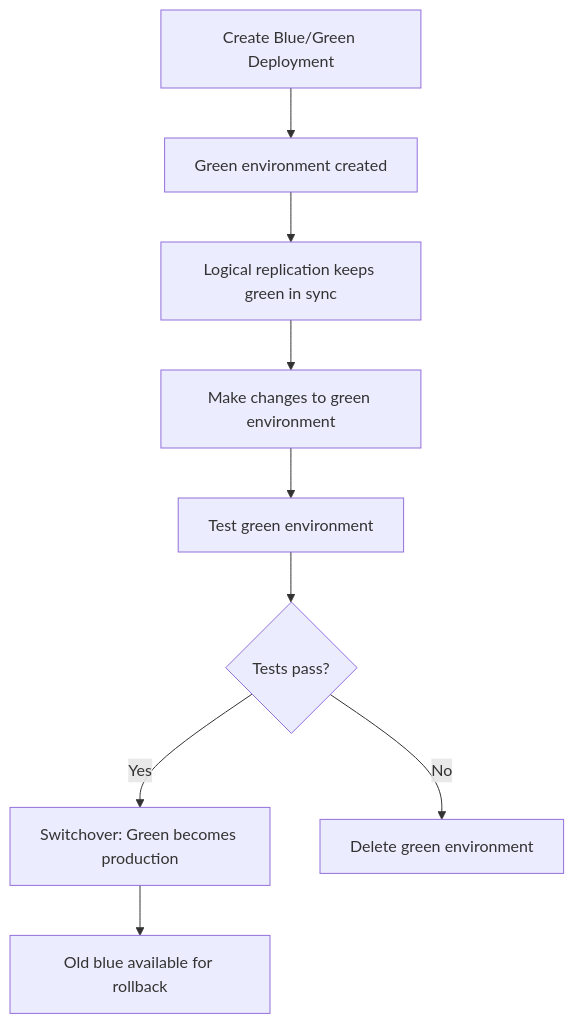
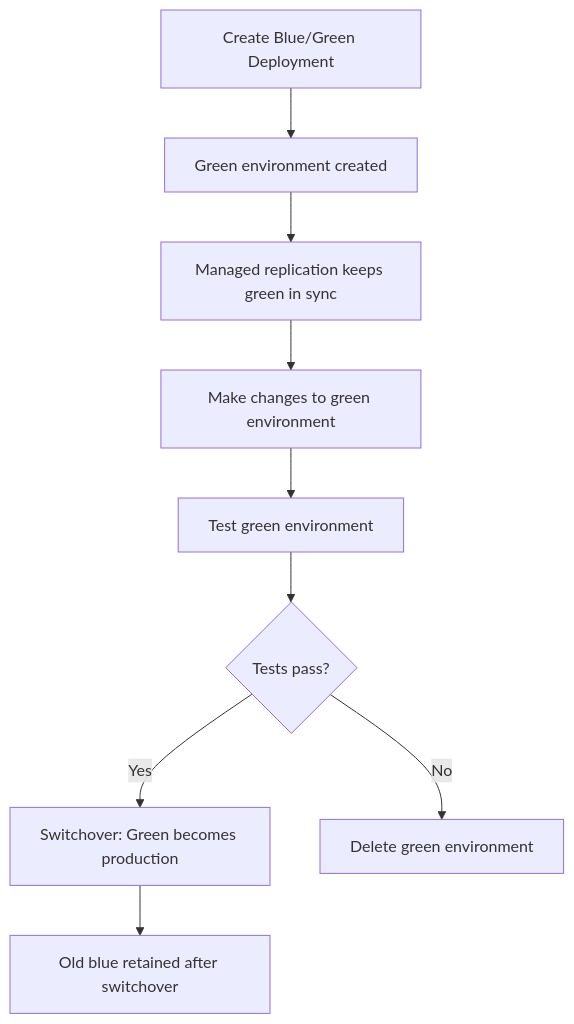
The diagram in posts/2026-02-12-rds-blue-green-deployments-zero-downtime-upgrades/README.md (OneUptime/blog), drawn with Mermaid before and after one commit. The commit also changed other lines of this file and 2 other files, not shown here.

Commit message:
validate: 2026-02-12-rds-blue-green-deployments-zero-downtime-upgrades

````diff
--- a/posts/2026-02-12-rds-blue-green-deployments-zero-downtime-upgrades/README.md
+++ b/posts/2026-02-12-rds-blue-green-deployments-zero-downtime-upgrades/README.md
@@ -19,11 +19,11 @@
 ```mermaid
 graph TD
     A[Create Blue/Green Deployment] --> B[Green environment created]
-    B --> C[Logical replication keeps green in sync]
+    B --> C[Managed replication keeps green in sync]
     C --> D[Make changes to green environment]
     D --> E[Test green environment]
     E --> F{Tests pass?}
     F -->|Yes| G[Switchover: Green becomes production]
     F -->|No| H[Delete green environment]
-    G --> I[Old blue available for rollback]
+    G --> I[Old blue retained after switchover]
 ```
````
